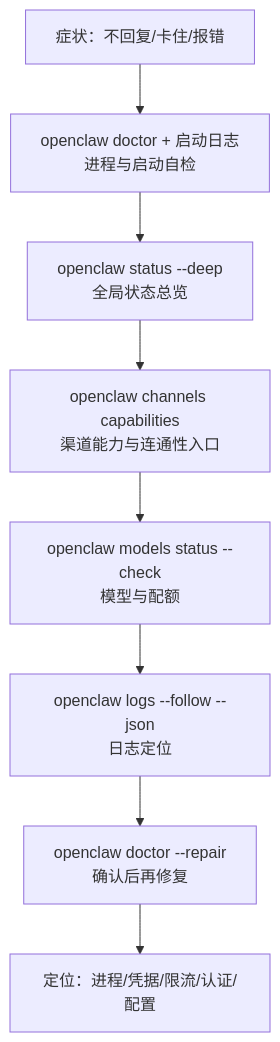
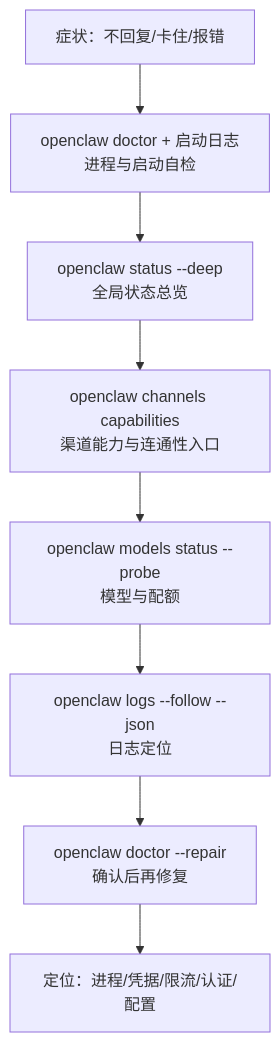
Before and after one commit to yeasy/openclaw_guide: the diagram in 03_minimal_loop/3.2_diagnostics.md, drawn with Mermaid. The commit also changed other lines of this file and 53 other files, not shown here.

````diff
--- a/03_minimal_loop/3.2_diagnostics.md
+++ b/03_minimal_loop/3.2_diagnostics.md
@@ -20,10 +20,10 @@
 ```mermaid
 flowchart TD
     Start["症状：不回复/卡住/报错"] --> S1["openclaw doctor + 启动日志<br/>进程与启动自检"]
     S1 --> S1a["openclaw status --deep<br/>全局状态总览"]
     S1a --> S2["openclaw channels capabilities<br/>渠道能力与连通性入口"]
-    S2 --> S3["openclaw models status --check<br/>模型与配额"]
+    S2 --> S3["openclaw models status --probe<br/>模型与配额"]
     S3 --> S4["openclaw logs --follow --json<br/>日志定位"]
     S4 --> Fix["openclaw doctor --repair<br/>确认后再修复"]
     Fix --> End["定位：进程/凭据/限流/认证/配置"]
 ```
````
